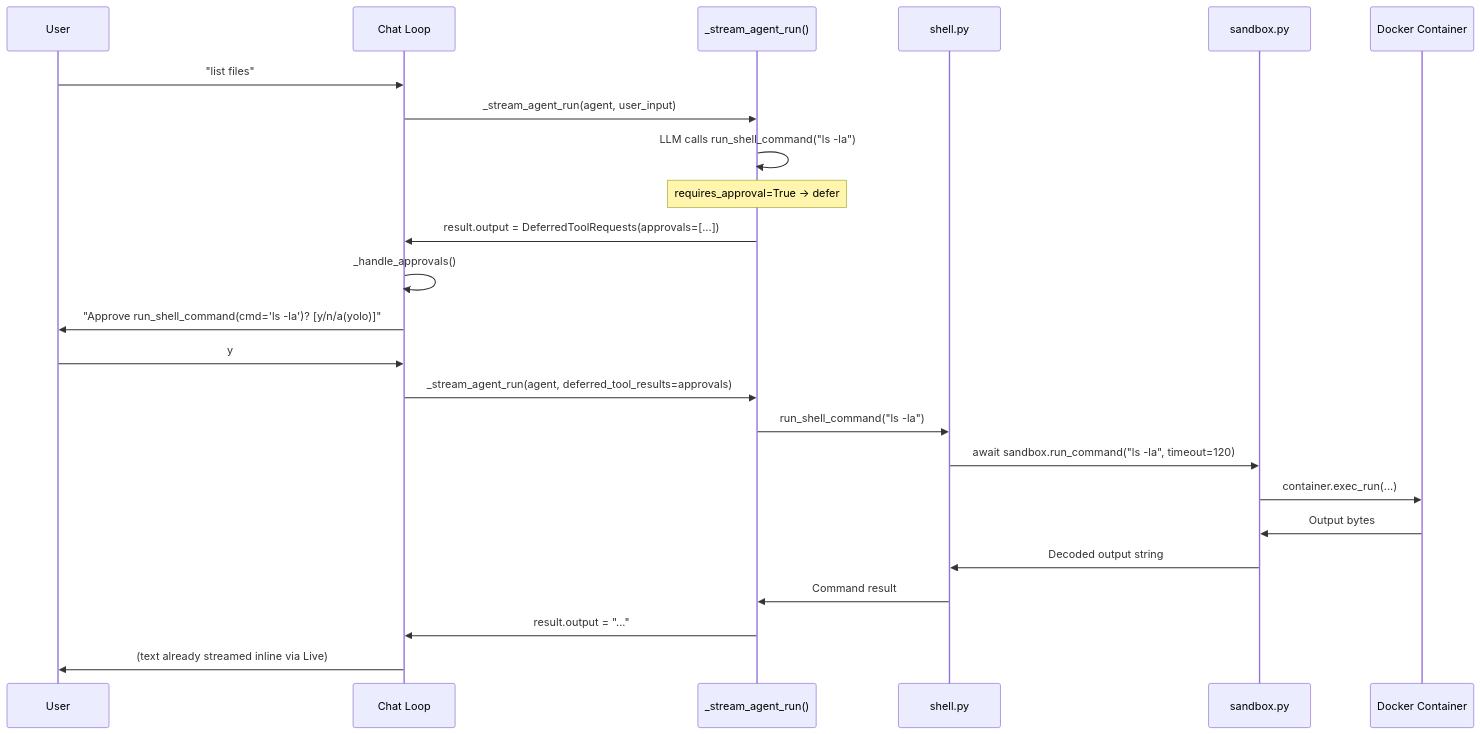
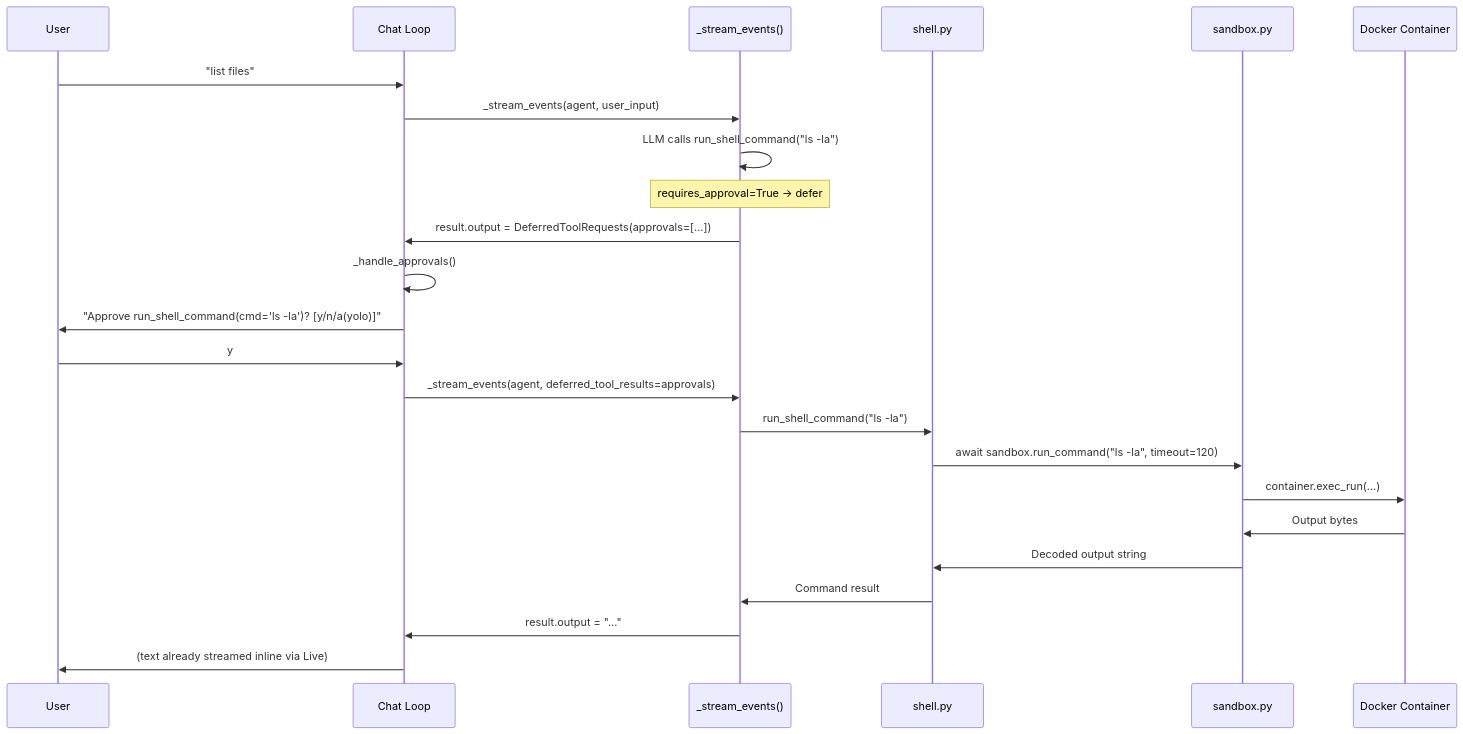
One commit to binlecode/co-cli changed the third of 3 diagrams in docs/DESIGN-02-chat-loop.md. Above: the diagram before and after it, drawn with Mermaid. The commit also changed other lines of this file and 25 other files, not shown here.

First line of the commit message:
Agent tool-call + recursive flow hardening (Phase C+D)

````diff
--- a/docs/DESIGN-02-chat-loop.md
+++ b/docs/DESIGN-02-chat-loop.md
@@ -145,29 +136,29 @@
 ```mermaid
 sequenceDiagram
     participant User
     participant CLI as Chat Loop
-    participant Agent as _stream_agent_run()
+    participant Agent as _stream_events()
     participant Tool as shell.py
     participant Sandbox as sandbox.py
     participant Docker as Docker Container
 
     User->>CLI: "list files"
-    CLI->>Agent: _stream_agent_run(agent, user_input)
+    CLI->>Agent: _stream_events(agent, user_input)
     Agent->>Agent: LLM calls run_shell_command("ls -la")
     Note over Agent: requires_approval=True → defer
     Agent->>CLI: result.output = DeferredToolRequests(approvals=[...])
 
     CLI->>CLI: _handle_approvals()
     CLI->>User: "Approve run_shell_command(cmd='ls -la')? [y/n/a(yolo)]"
     User->>CLI: y
 
-    CLI->>Agent: _stream_agent_run(agent, deferred_tool_results=approvals)
+    CLI->>Agent: _stream_events(agent, deferred_tool_results=approvals)
     Agent->>Tool: run_shell_command("ls -la")
     Tool->>Sandbox: await sandbox.run_command("ls -la", timeout=120)
     Sandbox->>Docker: container.exec_run(...)
     Docker->>Sandbox: Output bytes
     Sandbox->>Tool: Decoded output string
     Tool->>Agent: Command result
     Agent->>CLI: result.output = "..."
     CLI->>User: (text already streamed inline via Live)
 ```
````
